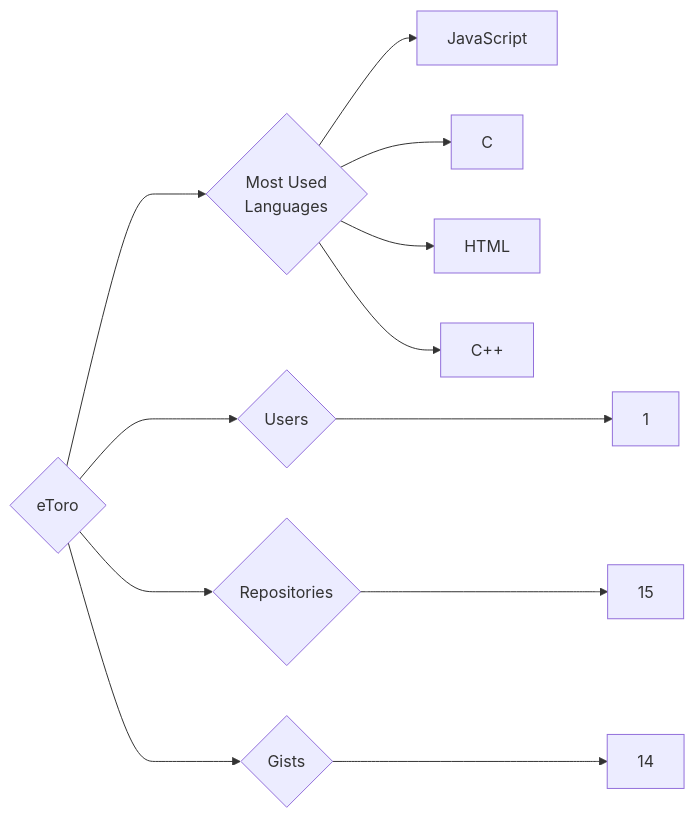
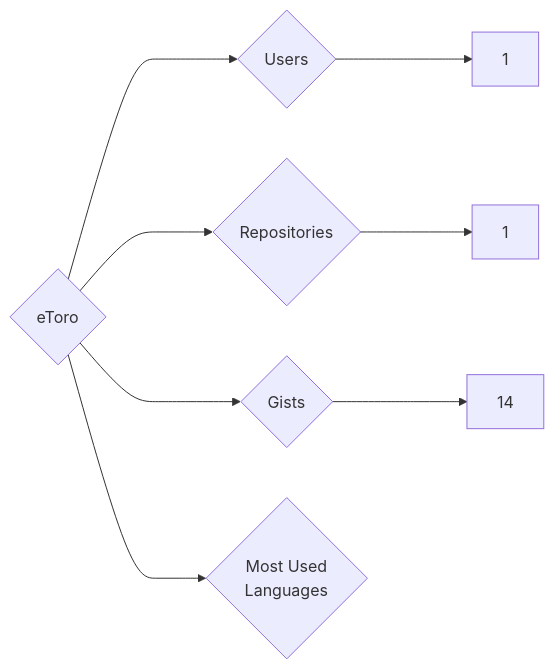
The diagram in targets/eToro/README.md (trickest/insiders), drawn with Mermaid before and after one commit. The commit also changed 618 other files, not shown here.

````diff
--- a/targets/eToro/README.md
+++ b/targets/eToro/README.md
@@ -3,12 +3,8 @@
 ```mermaid
 graph LR
 COMPANY_NAME{eToro}
 COMPANY_NAME ---> U{Users} ---> UN[1]
-COMPANY_NAME ---> R{Repositories} ---> RN[15]
+COMPANY_NAME ---> R{Repositories} ---> RN[1]
 COMPANY_NAME ---> G{Gists} ---> GN[14]
 COMPANY_NAME ---> ML{Most Used<br>Languages}
-ML --> JavaScript[JavaScript]
-ML --> C[C]
-ML --> HTML[HTML]
-ML --> C++[C++]
 ```
````
